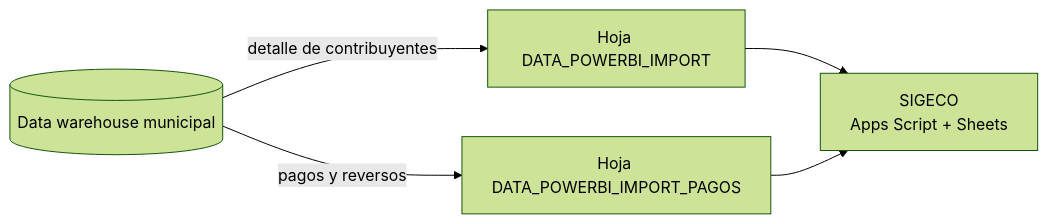
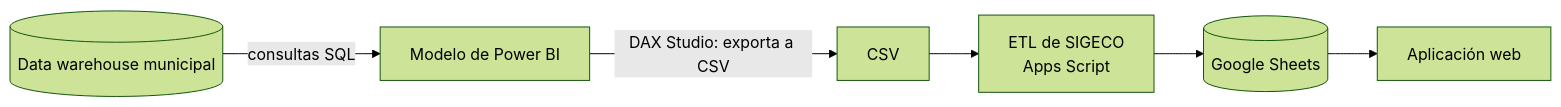
One commit to jamil73jev/Financial-Collections-Management-System changed the diagram in consultas/README.md. Above: the diagram before and after it, drawn with Mermaid (forest theme). The commit also changed other lines of this file and 4 other files, not shown here.

First line of the commit message:
Documentar SIGECO como ETL: flujo Power BI, DAX Studio, Apps Script, Sheets y app web

````diff
--- a/consultas/README.md
+++ b/consultas/README.md
@@ -10,8 +10,9 @@
 ```mermaid
 flowchart LR
     DW[("Data warehouse municipal")]
-    DW -->|"detalle de contribuyentes"| H1["Hoja DATA_POWERBI_IMPORT"]
-    DW -->|"pagos y reversos"| H2["Hoja DATA_POWERBI_IMPORT_PAGOS"]
-    H1 --> A["SIGECO<br/>Apps Script + Sheets"]
-    H2 --> A
+    DW -->|"consultas SQL"| PBI["Modelo de Power BI"]
+    PBI -->|"DAX Studio: exporta a CSV"| CSV["CSV"]
+    CSV --> ETL["ETL de SIGECO<br/>Apps Script"]
+    ETL --> SH[("Google Sheets")]
+    SH --> APP["Aplicación web"]
 ```
````
